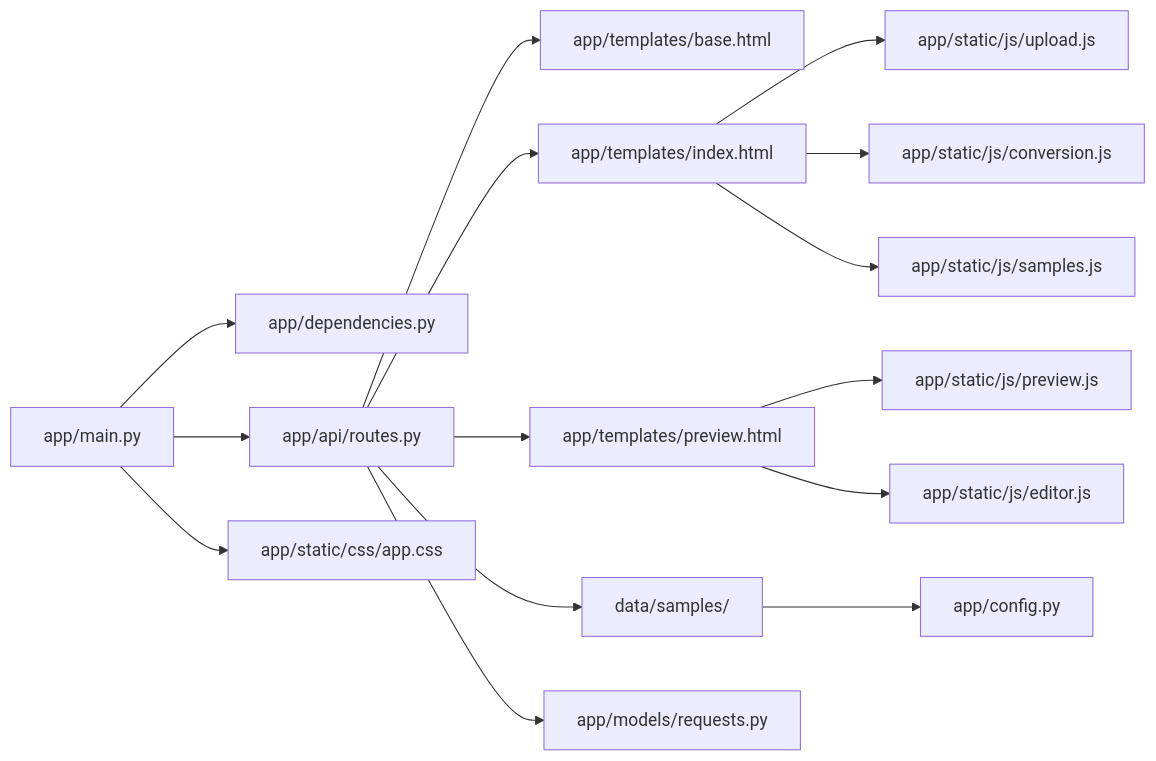
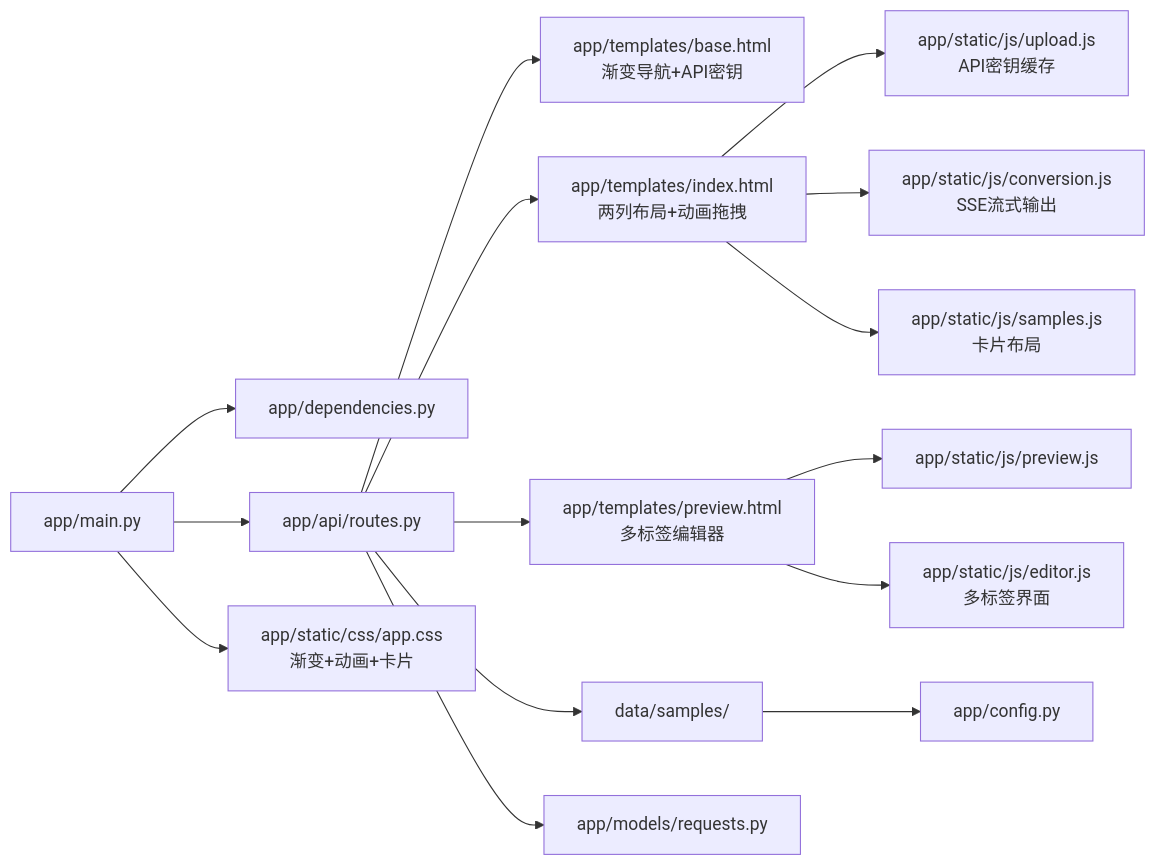
The tenth of 10 diagrams in .qoder/repowiki/zh/content/前端界面/前端界面.md (tjujingzong/Novel-to-Screenplay), drawn with Mermaid before and after one commit. The commit also changed other lines of this file and 6 other files, not shown here.

````diff
--- a/.qoder/repowiki/zh/content/前端界面/前端界面.md
+++ b/.qoder/repowiki/zh/content/前端界面/前端界面.md
@@ -631,17 +672,17 @@
 ```mermaid
 graph LR
 M["app/main.py"] --> D["app/dependencies.py"]
 M --> R["app/api/routes.py"]
-R --> T1["app/templates/base.html"]
-R --> T2["app/templates/index.html"]
-R --> T3["app/templates/preview.html"]
-M --> S1["app/static/css/app.css"]
-T2 --> S2["app/static/js/upload.js"]
-T2 --> S3["app/static/js/conversion.js"]
-T2 --> S5["app/static/js/samples.js"]
+R --> T1["app/templates/base.html<br/>渐变导航+API密钥"]
+R --> T2["app/templates/index.html<br/>两列布局+动画拖拽"]
+R --> T3["app/templates/preview.html<br/>多标签编辑器"]
+M --> S1["app/static/css/app.css<br/>渐变+动画+卡片"]
+T2 --> S2["app/static/js/upload.js<br/>API密钥缓存"]
+T2 --> S3["app/static/js/conversion.js<br/>SSE流式输出"]
+T2 --> S5["app/static/js/samples.js<br/>卡片布局"]
 T3 --> S4["app/static/js/preview.js"]
-T3 --> S6["app/static/js/editor.js"]
+T3 --> S6["app/static/js/editor.js<br/>多标签界面"]
 R --> SD["data/samples/"]
 SD --> CFG["app/config.py"]
 R --> E["app/models/requests.py"]
 ```
````
